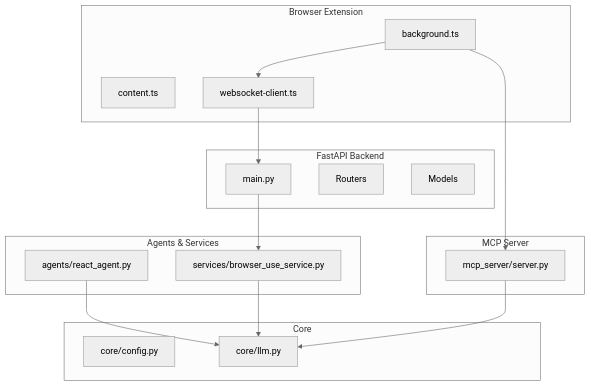
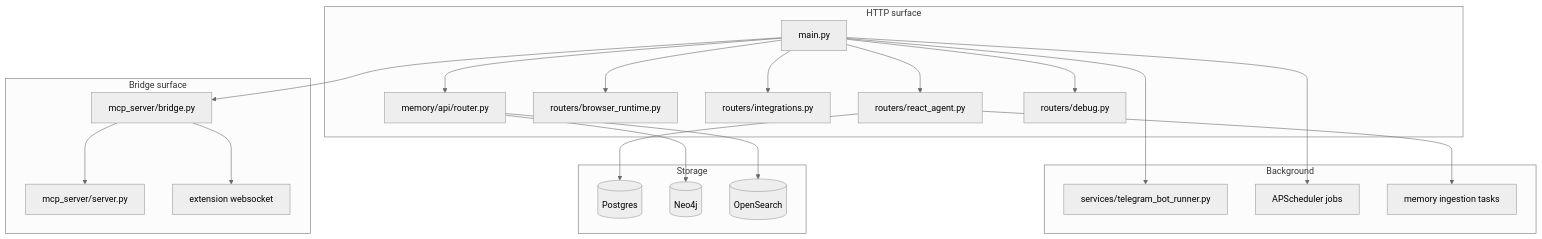
One commit to tashifkhan/tashif.codes changed the first of 5 diagrams in src/data/docs/agentic-browser/System Architecture/Overall System Design.md. Above: the diagram before and after it, drawn with Mermaid (neutral theme). The commit also changed other lines of this file and 114 other files, not shown here.

````diff
--- a/src/data/docs/agentic-browser/System Architecture/Overall System Design.md
+++ b/src/data/docs/agentic-browser/System Architecture/Overall System Design.md
@@ -17,31 +17,40 @@
 ```mermaid
 graph TB
-subgraph "Browser Extension"
-BG["background.ts"]
-CT["content.ts"]
-WS["websocket-client.ts"]
+subgraph "HTTP surface"
+  MAIN["main.py"]
+  R1["routers/react_agent.py"]
+  R2["routers/browser_runtime.py"]
+  R3["routers/integrations.py"]
+  R4["memory/api/router.py"]
+  R5["routers/debug.py"]
 end
-subgraph "FastAPI Backend"
-API["main.py"]
-ROUTERS["Routers"]
-MODELS["Models"]
+subgraph "Bridge surface"
+  BR["mcp_server/bridge.py"]
+  SRV["mcp_server/server.py"]
+  WS["extension websocket"]
 end
-subgraph "MCP Server"
-MCP["mcp_server/server.py"]
+subgraph "Background"
+  TG["services/telegram_bot_runner.py"]
+  SCH["APScheduler jobs"]
+  BG["memory ingestion tasks"]
 end
-subgraph "Core"
-CFG["core/config.py"]
-LLM["core/llm.py"]
+subgraph "Storage"
+  PG[("Postgres")]
+  NEO[("Neo4j")]
+  OS[("OpenSearch")]
 end
-subgraph "Agents & Services"
-REACT["agents/react_agent.py"]
-SVC["services/browser_use_service.py"]
-end
-BG --> WS
-WS --> API
-BG --> MCP
-API --> SVC
-SVC --> LLM
-MCP --> LLM
-REACT --> LLM
+MAIN --> R1
+MAIN --> R2
+MAIN --> R3
+MAIN --> R4
+MAIN --> R5
+MAIN --> BR
+BR --> SRV
+BR --> WS
+MAIN --> TG
+MAIN --> SCH
+R1 --> BG
+R1 --> PG
+R4 --> NEO
+R4 --> OS
 ```
````
